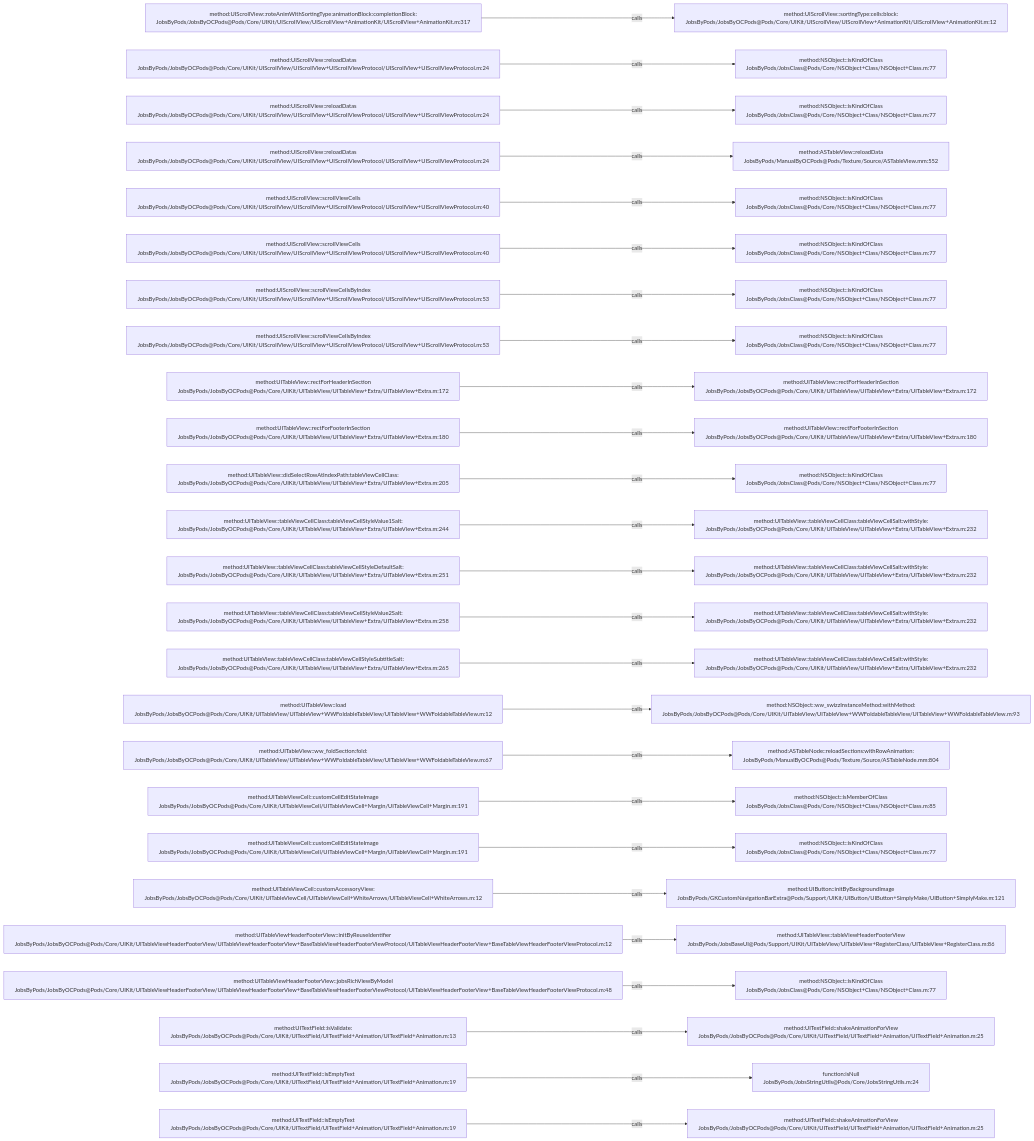
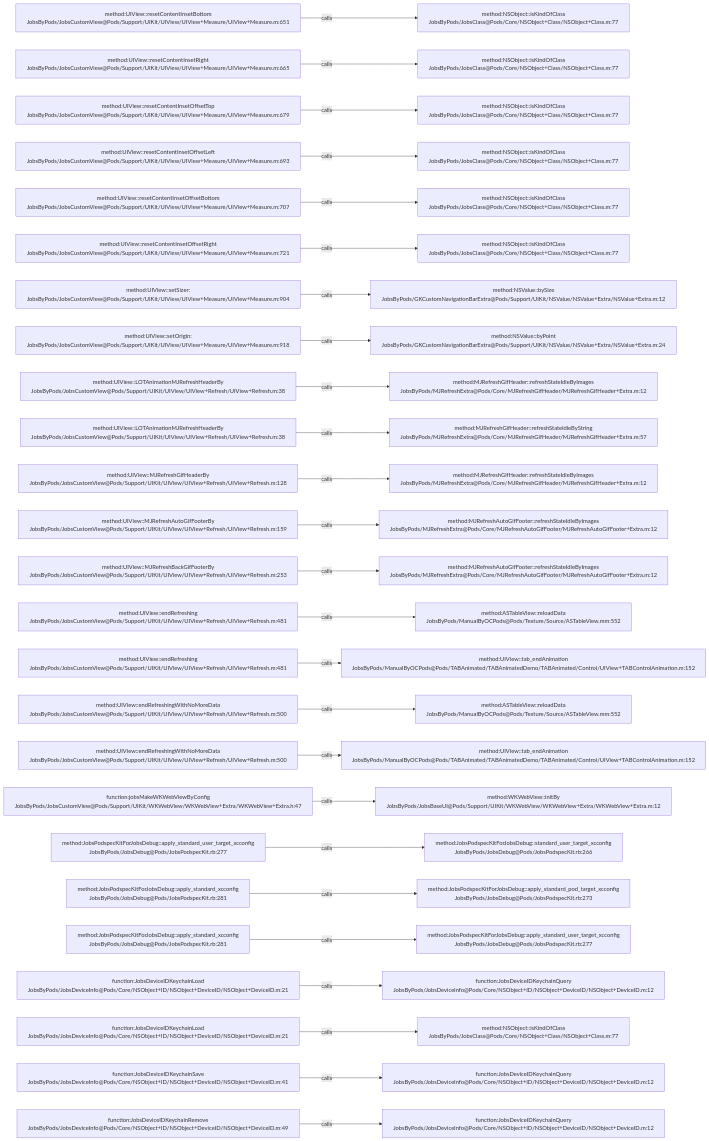
One commit to JobsKits/JobsOCBaseConfigDemo changed the diagram in .codegraph/codegraph.md/graphs/calls-060.md. Above: the diagram before and after it, drawn with Mermaid. The commit also changed 573 other files, not shown here.

````diff
--- a/.codegraph/codegraph.md/graphs/calls-060.md
+++ b/.codegraph/codegraph.md/graphs/calls-060.md
@@ -13,78 +13,78 @@
 ```mermaid
 flowchart LR
-  S1["method:UIScrollView::roteAnimWithSortingType:animationBlock:completionBlock:<br/>JobsByPods/JobsByOCPods@Pods/Core/UIKit/UIScrollView/UIScrollView+AnimationKit/UIScrollView+AnimationKit.m:317"]
-  T1["method:UIScrollView::sortingType:cells:block:<br/>JobsByPods/JobsByOCPods@Pods/Core/UIKit/UIScrollView/UIScrollView+AnimationKit/UIScrollView+AnimationKit.m:12"]
+  S1["method:UIView::resetContentInsetBottom<br/>JobsByPods/JobsCustomView@Pods/Support/UIKit/UIView/UIView+Measure/UIView+Measure.m:651"]
+  T1["method:NSObject::isKindOfClass<br/>JobsByPods/JobsClass@Pods/Core/NSObject+Class/NSObject+Class.m:77"]
   S1 -->|calls| T1
-  S2["method:UIScrollView::reloadDatas<br/>JobsByPods/JobsByOCPods@Pods/Core/UIKit/UIScrollView/UIScrollView+UIScrollViewProtocol/UIScrollView+UIScrollViewProtocol.m:24"]
+  S2["method:UIView::resetContentInsetRight<br/>JobsByPods/JobsCustomView@Pods/Support/UIKit/UIView/UIView+Measure/UIView+Measure.m:665"]
   T2["method:NSObject::isKindOfClass<br/>JobsByPods/JobsClass@Pods/Core/NSObject+Class/NSObject+Class.m:77"]
   S2 -->|calls| T2
-  S3["method:UIScrollView::reloadDatas<br/>JobsByPods/JobsByOCPods@Pods/Core/UIKit/UIScrollView/UIScrollView+UIScrollViewProtocol/UIScrollView+UIScrollViewProtocol.m:24"]
+  S3["method:UIView::resetContentInsetOffsetTop<br/>JobsByPods/JobsCustomView@Pods/Support/UIKit/UIView/UIView+Measure/UIView+Measure.m:679"]
   T3["method:NSObject::isKindOfClass<br/>JobsByPods/JobsClass@Pods/Core/NSObject+Class/NSObject+Class.m:77"]
   S3 -->|calls| T3
-  S4["method:UIScrollView::reloadDatas<br/>JobsByPods/JobsByOCPods@Pods/Core/UIKit/UIScrollView/UIScrollView+UIScrollViewProtocol/UIScrollView+UIScrollViewProtocol.m:24"]
-  T4["method:ASTableView::reloadData<br/>JobsByPods/ManualByOCPods@Pods/Texture/Source/ASTableView.mm:552"]
+  S4["method:UIView::resetContentInsetOffsetLeft<br/>JobsByPods/JobsCustomView@Pods/Support/UIKit/UIView/UIView+Measure/UIView+Measure.m:693"]
+  T4["method:NSObject::isKindOfClass<br/>JobsByPods/JobsClass@Pods/Core/NSObject+Class/NSObject+Class.m:77"]
   S4 -->|calls| T4
-  S5["method:UIScrollView::scrollViewCells<br/>JobsByPods/JobsByOCPods@Pods/Core/UIKit/UIScrollView/UIScrollView+UIScrollViewProtocol/UIScrollView+UIScrollViewProtocol.m:40"]
+  S5["method:UIView::resetContentInsetOffsetBottom<br/>JobsByPods/JobsCustomView@Pods/Support/UIKit/UIView/UIView+Measure/UIView+Measure.m:707"]
   T5["method:NSObject::isKindOfClass<br/>JobsByPods/JobsClass@Pods/Core/NSObject+Class/NSObject+Class.m:77"]
   S5 -->|calls| T5
-  S6["method:UIScrollView::scrollViewCells<br/>JobsByPods/JobsByOCPods@Pods/Core/UIKit/UIScrollView/UIScrollView+UIScrollViewProtocol/UIScrollView+UIScrollViewProtocol.m:40"]
+  S6["method:UIView::resetContentInsetOffsetRight<br/>JobsByPods/JobsCustomView@Pods/Support/UIKit/UIView/UIView+Measure/UIView+Measure.m:721"]
   T6["method:NSObject::isKindOfClass<br/>JobsByPods/JobsClass@Pods/Core/NSObject+Class/NSObject+Class.m:77"]
   S6 -->|calls| T6
-  S7["method:UIScrollView::scrollViewCellsByIndex<br/>JobsByPods/JobsByOCPods@Pods/Core/UIKit/UIScrollView/UIScrollView+UIScrollViewProtocol/UIScrollView+UIScrollViewProtocol.m:53"]
-  T7["method:NSObject::isKindOfClass<br/>JobsByPods/JobsClass@Pods/Core/NSObject+Class/NSObject+Class.m:77"]
+  S7["method:UIView::setSizer:<br/>JobsByPods/JobsCustomView@Pods/Support/UIKit/UIView/UIView+Measure/UIView+Measure.m:904"]
+  T7["method:NSValue::bySize<br/>JobsByPods/GKCustomNavigationBarExtra@Pods/Support/UIKit/NSValue/NSValue+Extra/NSValue+Extra.m:12"]
   S7 -->|calls| T7
-  S8["method:UIScrollView::scrollViewCellsByIndex<br/>JobsByPods/JobsByOCPods@Pods/Core/UIKit/UIScrollView/UIScrollView+UIScrollViewProtocol/UIScrollView+UIScrollViewProtocol.m:53"]
-  T8["method:NSObject::isKindOfClass<br/>JobsByPods/JobsClass@Pods/Core/NSObject+Class/NSObject+Class.m:77"]
+  S8["method:UIView::setOrigin:<br/>JobsByPods/JobsCustomView@Pods/Support/UIKit/UIView/UIView+Measure/UIView+Measure.m:918"]
+  T8["method:NSValue::byPoint<br/>JobsByPods/GKCustomNavigationBarExtra@Pods/Support/UIKit/NSValue/NSValue+Extra/NSValue+Extra.m:24"]
   S8 -->|calls| T8
-  S9["method:UITableView::rectForHeaderInSection<br/>JobsByPods/JobsByOCPods@Pods/Core/UIKit/UITableView/UITableView+Extra/UITableView+Extra.m:172"]
-  T9["method:UITableView::rectForHeaderInSection<br/>JobsByPods/JobsByOCPods@Pods/Core/UIKit/UITableView/UITableView+Extra/UITableView+Extra.m:172"]
+  S9["method:UIView::LOTAnimationMJRefreshHeaderBy<br/>JobsByPods/JobsCustomView@Pods/Support/UIKit/UIView/UIView+Refresh/UIView+Refresh.m:38"]
+  T9["method:MJRefreshGifHeader::refreshStateIdleByImages<br/>JobsByPods/MJRefreshExtra@Pods/Core/MJRefreshGifHeader/MJRefreshGifHeader+Extra.m:12"]
   S9 -->|calls| T9
-  S10["method:UITableView::rectForFooterInSection<br/>JobsByPods/JobsByOCPods@Pods/Core/UIKit/UITableView/UITableView+Extra/UITableView+Extra.m:180"]
-  T10["method:UITableView::rectForFooterInSection<br/>JobsByPods/JobsByOCPods@Pods/Core/UIKit/UITableView/UITableView+Extra/UITableView+Extra.m:180"]
+  S10["method:UIView::LOTAnimationMJRefreshHeaderBy<br/>JobsByPods/JobsCustomView@Pods/Support/UIKit/UIView/UIView+Refresh/UIView+Refresh.m:38"]
+  T10["method:MJRefreshGifHeader::refreshStateIdleByString<br/>JobsByPods/MJRefreshExtra@Pods/Core/MJRefreshGifHeader/MJRefreshGifHeader+Extra.m:57"]
   S10 -->|calls| T10
-  S11["method:UITableView::didSelectRowAtIndexPath:tableViewCellClass:<br/>JobsByPods/JobsByOCPods@Pods/Core/UIKit/UITableView/UITableView+Extra/UITableView+Extra.m:205"]
-  T11["method:NSObject::isKindOfClass<br/>JobsByPods/JobsClass@Pods/Core/NSObject+Class/NSObject+Class.m:77"]
+  S11["method:UIView::MJRefreshGifHeaderBy<br/>JobsByPods/JobsCustomView@Pods/Support/UIKit/UIView/UIView+Refresh/UIView+Refresh.m:128"]
+  T11["method:MJRefreshGifHeader::refreshStateIdleByImages<br/>JobsByPods/MJRefreshExtra@Pods/Core/MJRefreshGifHeader/MJRefreshGifHeader+Extra.m:12"]
   S11 -->|calls| T11
-  S12["method:UITableView::tableViewCellClass:tableViewCellStyleValue1Salt:<br/>JobsByPods/JobsByOCPods@Pods/Core/UIKit/UITableView/UITableView+Extra/UITableView+Extra.m:244"]
-  T12["method:UITableView::tableViewCellClass:tableViewCellSalt:withStyle:<br/>JobsByPods/JobsByOCPods@Pods/Core/UIKit/UITableView/UITableView+Extra/UITableView+Extra.m:232"]
+  S12["method:UIView::MJRefreshAutoGifFooterBy<br/>JobsByPods/JobsCustomView@Pods/Support/UIKit/UIView/UIView+Refresh/UIView+Refresh.m:159"]
+  T12["method:MJRefreshAutoGifFooter::refreshStateIdleByImages<br/>JobsByPods/MJRefreshExtra@Pods/Core/MJRefreshAutoGifFooter/MJRefreshAutoGifFooter+Extra.m:12"]
   S12 -->|calls| T12
-  S13["method:UITableView::tableViewCellClass:tableViewCellStyleDefaultSalt:<br/>JobsByPods/JobsByOCPods@Pods/Core/UIKit/UITableView/UITableView+Extra/UITableView+Extra.m:251"]
-  T13["method:UITableView::tableViewCellClass:tableViewCellSalt:withStyle:<br/>JobsByPods/JobsByOCPods@Pods/Core/UIKit/UITableView/UITableView+Extra/UITableView+Extra.m:232"]
+  S13["method:UIView::MJRefreshBackGifFooterBy<br/>JobsByPods/JobsCustomView@Pods/Support/UIKit/UIView/UIView+Refresh/UIView+Refresh.m:253"]
+  T13["method:MJRefreshAutoGifFooter::refreshStateIdleByImages<br/>JobsByPods/MJRefreshExtra@Pods/Core/MJRefreshAutoGifFooter/MJRefreshAutoGifFooter+Extra.m:12"]
   S13 -->|calls| T13
-  S14["method:UITableView::tableViewCellClass:tableViewCellStyleValue2Salt:<br/>JobsByPods/JobsByOCPods@Pods/Core/UIKit/UITableView/UITableView+Extra/UITableView+Extra.m:258"]
-  T14["method:UITableView::tableViewCellClass:tableViewCellSalt:withStyle:<br/>JobsByPods/JobsByOCPods@Pods/Core/UIKit/UITableView/UITableView+Extra/UITableView+Extra.m:232"]
+  S14["method:UIView::endRefreshing<br/>JobsByPods/JobsCustomView@Pods/Support/UIKit/UIView/UIView+Refresh/UIView+Refresh.m:481"]
+  T14["method:ASTableView::reloadData<br/>JobsByPods/ManualByOCPods@Pods/Texture/Source/ASTableView.mm:552"]
   S14 -->|calls| T14
-  S15["method:UITableView::tableViewCellClass:tableViewCellStyleSubtitleSalt:<br/>JobsByPods/JobsByOCPods@Pods/Core/UIKit/UITableView/UITableView+Extra/UITableView+Extra.m:265"]
-  T15["method:UITableView::tableViewCellClass:tableViewCellSalt:withStyle:<br/>JobsByPods/JobsByOCPods@Pods/Core/UIKit/UITableView/UITableView+Extra/UITableView+Extra.m:232"]
+  S15["method:UIView::endRefreshing<br/>JobsByPods/JobsCustomView@Pods/Support/UIKit/UIView/UIView+Refresh/UIView+Refresh.m:481"]
+  T15["method:UIView::tab_endAnimation<br/>JobsByPods/ManualByOCPods@Pods/TABAnimated/TABAnimatedDemo/TABAnimated/Control/UIView+TABControlAnimation.m:152"]
   S15 -->|calls| T15
-  S16["method:UITableView::load<br/>JobsByPods/JobsByOCPods@Pods/Core/UIKit/UITableView/UITableView+WWFoldableTableView/UITableView+WWFoldableTableView.m:12"]
-  T16["method:NSObject::ww_swizzInstanceMethod:withMethod:<br/>JobsByPods/JobsByOCPods@Pods/Core/UIKit/UITableView/UITableView+WWFoldableTableView/UITableView+WWFoldableTableView.m:93"]
+  S16["method:UIView::endRefreshingWithNoMoreData<br/>JobsByPods/JobsCustomView@Pods/Support/UIKit/UIView/UIView+Refresh/UIView+Refresh.m:500"]
+  T16["method:ASTableView::reloadData<br/>JobsByPods/ManualByOCPods@Pods/Texture/Source/ASTableView.mm:552"]
   S16 -->|calls| T16
-  S17["method:UITableView::ww_foldSection:fold:<br/>JobsByPods/JobsByOCPods@Pods/Core/UIKit/UITableView/UITableView+WWFoldableTableView/UITableView+WWFoldableTableView.m:67"]
-  T17["method:ASTableNode::reloadSections:withRowAnimation:<br/>JobsByPods/ManualByOCPods@Pods/Texture/Source/ASTableNode.mm:804"]
+  S17["method:UIView::endRefreshingWithNoMoreData<br/>JobsByPods/JobsCustomView@Pods/Support/UIKit/UIView/UIView+Refresh/UIView+Refresh.m:500"]
+  T17["method:UIView::tab_endAnimation<br/>JobsByPods/ManualByOCPods@Pods/TABAnimated/TABAnimatedDemo/TABAnimated/Control/UIView+TABControlAnimation.m:152"]
   S17 -->|calls| T17
-  S18["method:UITableViewCell::customCellEditStateImage<br/>JobsByPods/JobsByOCPods@Pods/Core/UIKit/UITableViewCell/UITableViewCell+Margin/UITableViewCell+Margin.m:191"]
-  T18["method:NSObject::isMemberOfClass<br/>JobsByPods/JobsClass@Pods/Core/NSObject+Class/NSObject+Class.m:85"]
+  S18["function:jobsMakeWKWebViewByConfig<br/>JobsByPods/JobsCustomView@Pods/Support/UIKit/WKWebView/WKWebView+Extra/WKWebView+Extra.h:47"]
+  T18["method:WKWebView::initBy<br/>JobsByPods/JobsBaseUI@Pods/Support/UIKit/WKWebView/WKWebView+Extra/WKWebView+Extra.m:12"]
   S18 -->|calls| T18
-  S19["method:UITableViewCell::customCellEditStateImage<br/>JobsByPods/JobsByOCPods@Pods/Core/UIKit/UITableViewCell/UITableViewCell+Margin/UITableViewCell+Margin.m:191"]
-  T19["method:NSObject::isKindOfClass<br/>JobsByPods/JobsClass@Pods/Core/NSObject+Class/NSObject+Class.m:77"]
+  S19["method:JobsPodspecKitForJobsDebug::apply_standard_user_target_xcconfig<br/>JobsByPods/JobsDebug@Pods/JobsPodspecKit.rb:277"]
+  T19["method:JobsPodspecKitForJobsDebug::standard_user_target_xcconfig<br/>JobsByPods/JobsDebug@Pods/JobsPodspecKit.rb:266"]
   S19 -->|calls| T19
-  S20["method:UITableViewCell::customAccessoryView:<br/>JobsByPods/JobsByOCPods@Pods/Core/UIKit/UITableViewCell/UITableViewCell+WhiteArrows/UITableViewCell+WhiteArrows.m:12"]
-  T20["method:UIButton::initByBackgroundImage<br/>JobsByPods/GKCustomNavigationBarExtra@Pods/Support/UIKit/UIButton/UIButton+SimplyMake/UIButton+SimplyMake.m:121"]
+  S20["method:JobsPodspecKitForJobsDebug::apply_standard_xcconfig<br/>JobsByPods/JobsDebug@Pods/JobsPodspecKit.rb:281"]
+  T20["method:JobsPodspecKitForJobsDebug::apply_standard_pod_target_xcconfig<br/>JobsByPods/JobsDebug@Pods/JobsPodspecKit.rb:273"]
   S20 -->|calls| T20
-  S21["method:UITableViewHeaderFooterView::initByReuseIdentifier<br/>JobsByPods/JobsByOCPods@Pods/Core/UIKit/UITableViewHeaderFooterView/UITableViewHeaderFooterView+BaseTableViewHeaderFooterViewProtocol/UITableViewHeaderFooterView+BaseTableViewHeaderFooterViewProtocol.m:12"]
-  T21["method:UITableView::tableViewHeaderFooterView<br/>JobsByPods/JobsBaseUI@Pods/Support/UIKit/UITableView/UITableView+RegisterClass/UITableView+RegisterClass.m:86"]
+  S21["method:JobsPodspecKitForJobsDebug::apply_standard_xcconfig<br/>JobsByPods/JobsDebug@Pods/JobsPodspecKit.rb:281"]
+  T21["method:JobsPodspecKitForJobsDebug::apply_standard_user_target_xcconfig<br/>JobsByPods/JobsDebug@Pods/JobsPodspecKit.rb:277"]
   S21 -->|calls| T21
-  S22["method:UITableViewHeaderFooterView::jobsRichViewByModel<br/>JobsByPods/JobsByOCPods@Pods/Core/UIKit/UITableViewHeaderFooterView/UITableViewHeaderFooterView+BaseTableViewHeaderFooterViewProtocol/UITableViewHeaderFooterView+BaseTableViewHeaderFooterViewProtocol.m:48"]
-  T22["method:NSObject::isKindOfClass<br/>JobsByPods/JobsClass@Pods/Core/NSObject+Class/NSObject+Class.m:77"]
+  S22["function:JobsDeviceIDKeychainLoad<br/>JobsByPods/JobsDeviceInfo@Pods/Core/NSObject+ID/NSObject+DeviceID/NSObject+DeviceID.m:21"]
+  T22["function:JobsDeviceIDKeychainQuery<br/>JobsByPods/JobsDeviceInfo@Pods/Core/NSObject+ID/NSObject+DeviceID/NSObject+DeviceID.m:12"]
   S22 -->|calls| T22
-  S23["method:UITextField::isValidate:<br/>JobsByPods/JobsByOCPods@Pods/Core/UIKit/UITextField/UITextField+Animation/UITextField+Animation.m:13"]
-  T23["method:UITextField::shakeAnimationForView<br/>JobsByPods/JobsByOCPods@Pods/Core/UIKit/UITextField/UITextField+Animation/UITextField+Animation.m:25"]
+  S23["function:JobsDeviceIDKeychainLoad<br/>JobsByPods/JobsDeviceInfo@Pods/Core/NSObject+ID/NSObject+DeviceID/NSObject+DeviceID.m:21"]
+  T23["method:NSObject::isKindOfClass<br/>JobsByPods/JobsClass@Pods/Core/NSObject+Class/NSObject+Class.m:77"]
   S23 -->|calls| T23
-  S24["method:UITextField::isEmptyText<br/>JobsByPods/JobsByOCPods@Pods/Core/UIKit/UITextField/UITextField+Animation/UITextField+Animation.m:19"]
-  T24["function:isNull<br/>JobsByPods/JobsStringUtils@Pods/Core/JobsStringUtils.m:24"]
+  S24["function:JobsDeviceIDKeychainSave<br/>JobsByPods/JobsDeviceInfo@Pods/Core/NSObject+ID/NSObject+DeviceID/NSObject+DeviceID.m:41"]
+  T24["function:JobsDeviceIDKeychainQuery<br/>JobsByPods/JobsDeviceInfo@Pods/Core/NSObject+ID/NSObject+DeviceID/NSObject+DeviceID.m:12"]
   S24 -->|calls| T24
-  S25["method:UITextField::isEmptyText<br/>JobsByPods/JobsByOCPods@Pods/Core/UIKit/UITextField/UITextField+Animation/UITextField+Animation.m:19"]
-  T25["method:UITextField::shakeAnimationForView<br/>JobsByPods/JobsByOCPods@Pods/Core/UIKit/UITextField/UITextField+Animation/UITextField+Animation.m:25"]
+  S25["function:JobsDeviceIDKeychainRemove<br/>JobsByPods/JobsDeviceInfo@Pods/Core/NSObject+ID/NSObject+DeviceID/NSObject+DeviceID.m:49"]
+  T25["function:JobsDeviceIDKeychainQuery<br/>JobsByPods/JobsDeviceInfo@Pods/Core/NSObject+ID/NSObject+DeviceID/NSObject+DeviceID.m:12"]
   S25 -->|calls| T25
 ```
````
